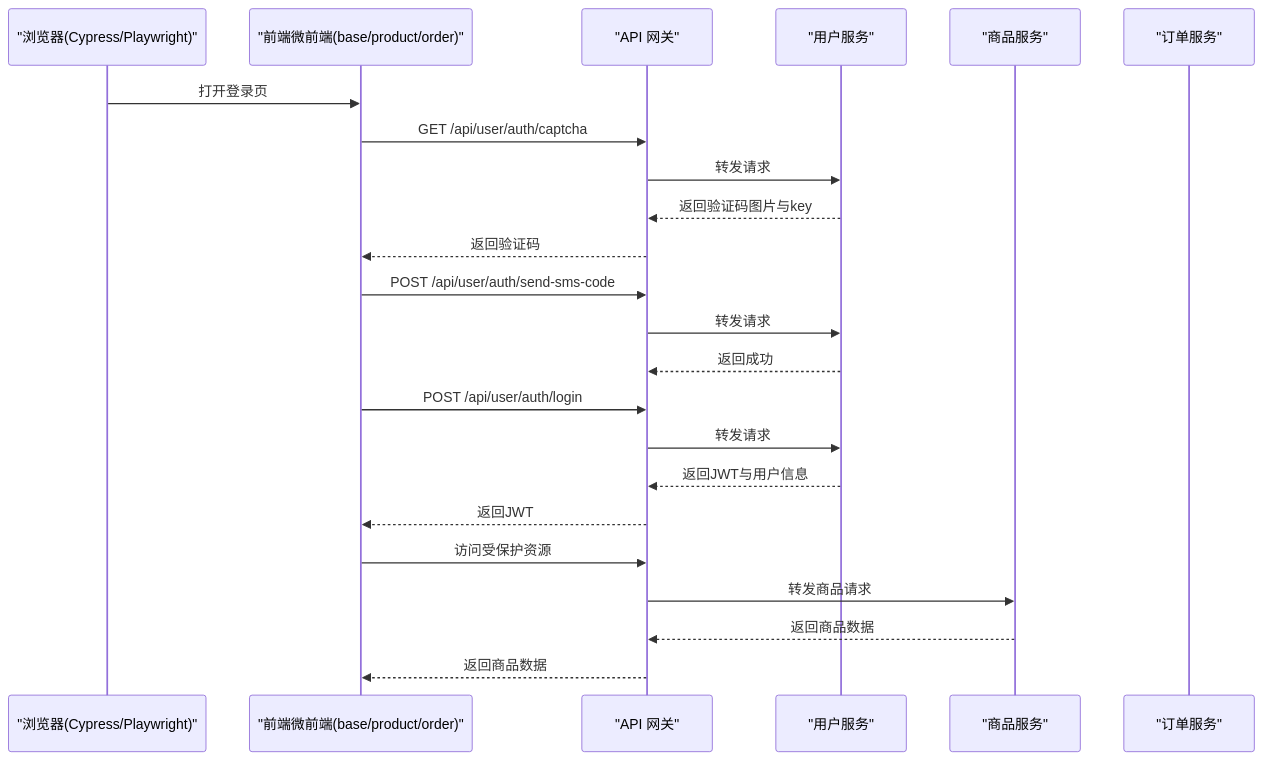
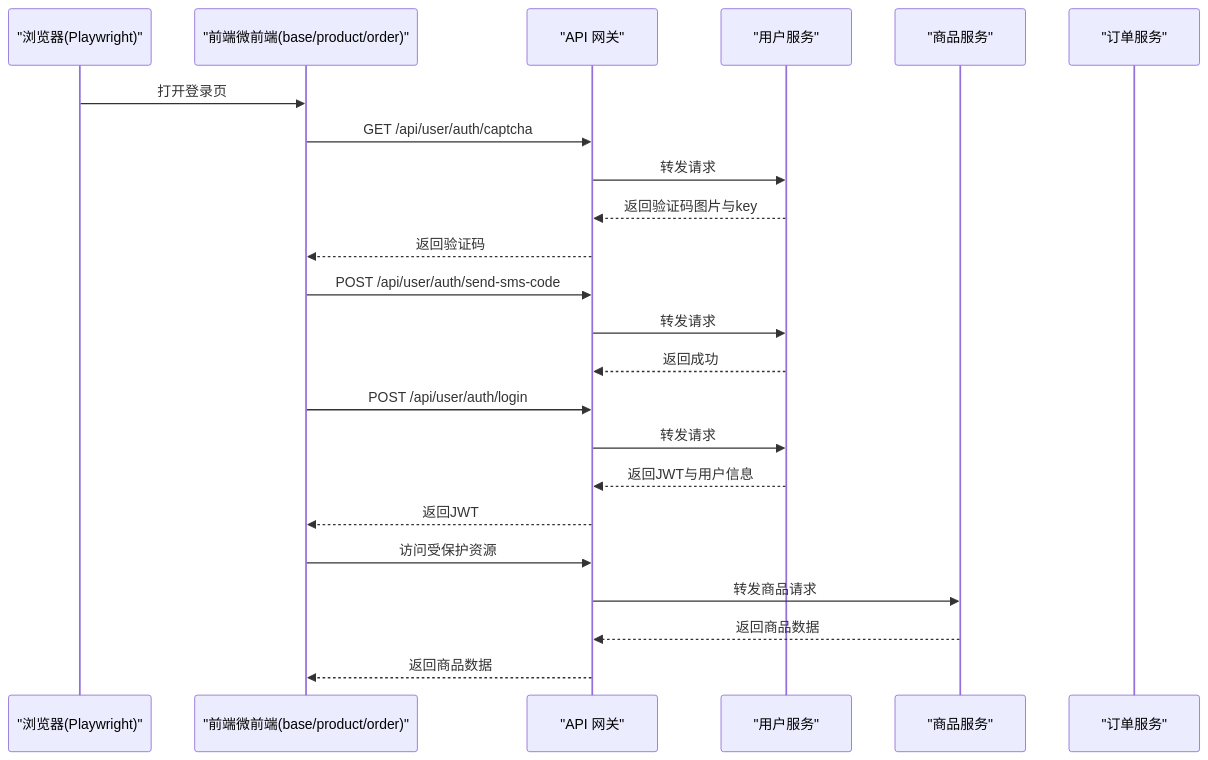
One commit to haohailiang/qoder-fullstack changed the fourth of 5 diagrams in .qoder/repowiki/zh/content/开发指南/测试策略与实践.md. Above: the diagram before and after it, drawn with Mermaid. The commit also changed other lines of this file and 30 other files, not shown here.

````diff
--- a/.qoder/repowiki/zh/content/开发指南/测试策略与实践.md
+++ b/.qoder/repowiki/zh/content/开发指南/测试策略与实践.md
@@ -221,25 +227,25 @@
 ```mermaid
 sequenceDiagram
-participant Browser as "浏览器(Cypress/Playwright)"
+participant Browser as "浏览器(Playwright)"
 participant Frontend as "前端微前端(base/product/order)"
 participant Gateway as "API 网关"
 participant UserSvc as "用户服务"
 participant ProductSvc as "商品服务"
 participant OrderSvc as "订单服务"
 Browser->>Frontend : 打开登录页
 Frontend->>Gateway : GET /api/user/auth/captcha
 Gateway->>UserSvc : 转发请求
 UserSvc-->>Gateway : 返回验证码图片与key
 Gateway-->>Frontend : 返回验证码
 Frontend->>Gateway : POST /api/user/auth/send-sms-code
 Gateway->>UserSvc : 转发请求
 UserSvc-->>Gateway : 返回成功
 Frontend->>Gateway : POST /api/user/auth/login
 Gateway->>UserSvc : 转发请求
 UserSvc-->>Gateway : 返回JWT与用户信息
 Gateway-->>Frontend : 返回JWT
 Frontend->>Gateway : 访问受保护资源
 Gateway->>ProductSvc : 转发商品请求
 ProductSvc-->>Gateway : 返回商品数据
 Gateway-->>Frontend : 返回商品数据
 ```
````
